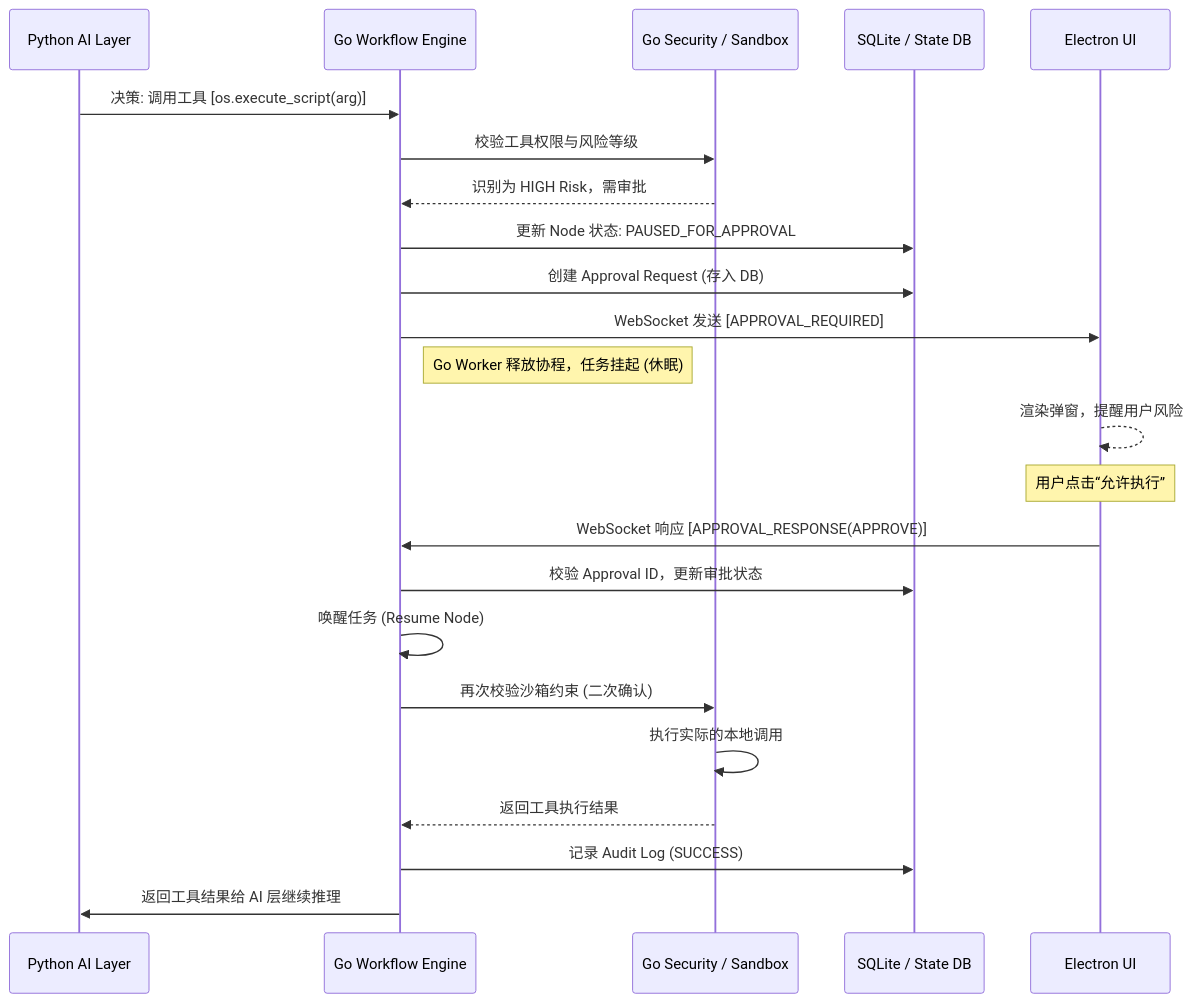
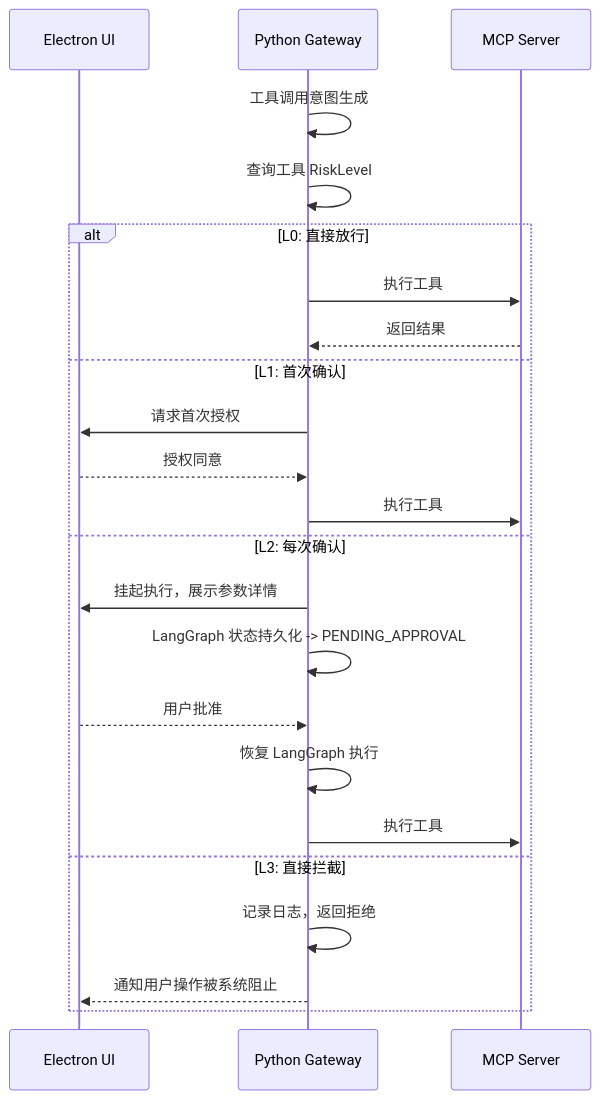
The diagram in backend/docs/system/权限与安全方案.md (xie480/Luna-AI), drawn with Mermaid before and after one commit. The commit also changed other lines of this file and 14 other files, not shown here.

````diff
--- a/backend/docs/system/权限与安全方案.md
+++ b/backend/docs/system/权限与安全方案.md
@@ -161,28 +39,27 @@
 ```mermaid
 sequenceDiagram
-    participant LLM as Python AI Layer
-    participant Engine as Go Workflow Engine
-    participant Sandbox as Go Security / Sandbox
-    participant DB as SQLite / State DB
     participant UI as Electron UI
+    participant Py as Python Gateway
+    participant MCP as MCP Server
 
-    LLM->>Engine: 决策: 调用工具 [os.execute_script(arg)]
-    Engine->>Sandbox: 校验工具权限与风险等级
-    Sandbox-->>Engine: 识别为 HIGH Risk，需审批
-    Engine->>DB: 更新 Node 状态: PAUSED_FOR_APPROVAL
-    Engine->>DB: 创建 Approval Request (存入 DB)
-    Engine->>UI: WebSocket 发送 [APPROVAL_REQUIRED]
-    Note right of Engine: Go Worker 释放协程，任务挂起 (休眠)
+    Py->>Py: 工具调用意图生成
+    Py->>Py: 查询工具 RiskLevel
 
-    UI-->>UI: 渲染弹窗，提醒用户风险
-    Note over UI: 用户点击“允许执行”
-    UI->>Engine: WebSocket 响应 [APPROVAL_RESPONSE(APPROVE)]
-
-    Engine->>DB: 校验 Approval ID，更新审批状态
-    Engine->>Engine: 唤醒任务 (Resume Node)
-    Engine->>Sandbox: 再次校验沙箱约束 (二次确认)
-    Sandbox->>Sandbox: 执行实际的本地调用
-    Sandbox-->>Engine: 返回工具执行结果
-    Engine->>DB: 记录 Audit Log (SUCCESS)
-    Engine->>LLM: 返回工具结果给 AI 层继续推理
+    alt L0: 直接放行
+        Py->>MCP: 执行工具
+        MCP-->>Py: 返回结果
+    else L1: 首次确认
+        Py->>UI: 请求首次授权
+        UI-->>Py: 授权同意
+        Py->>MCP: 执行工具
+    else L2: 每次确认
+        Py->>UI: 挂起执行，展示参数详情
+        Py->>Py: LangGraph 状态持久化 -> PENDING_APPROVAL
+        UI-->>Py: 用户批准
+        Py->>Py: 恢复 LangGraph 执行
+        Py->>MCP: 执行工具
+    else L3: 直接拦截
+        Py->>Py: 记录日志，返回拒绝
+        Py-->>UI: 通知用户操作被系统阻止
+    end
 ```
````
